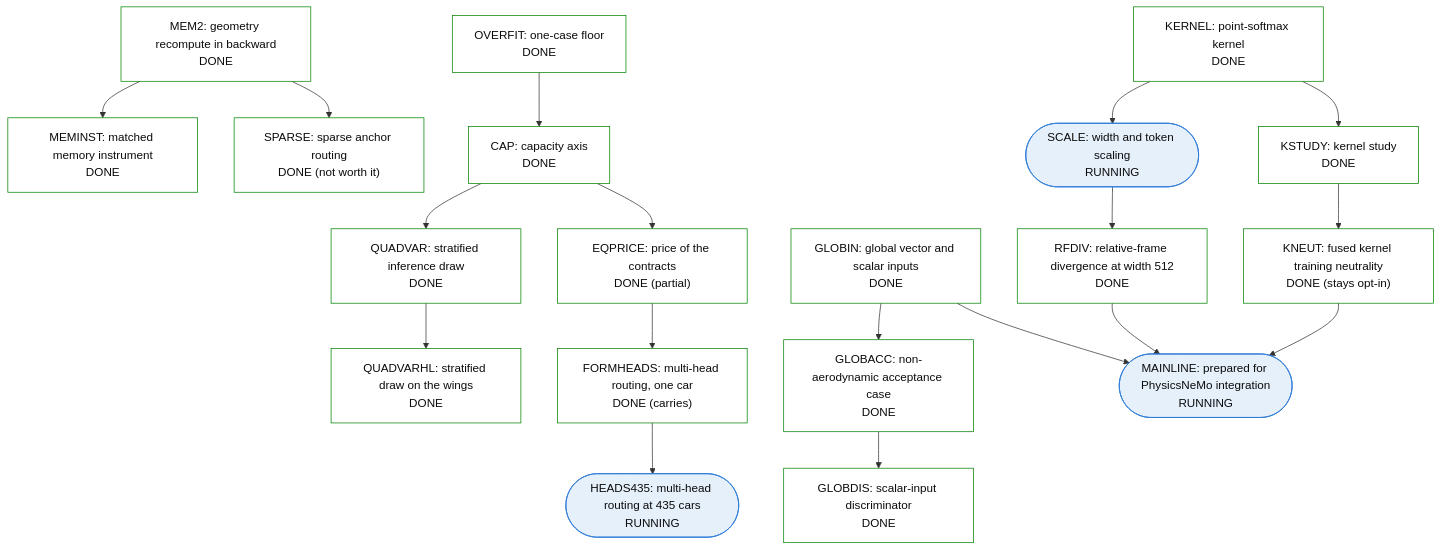
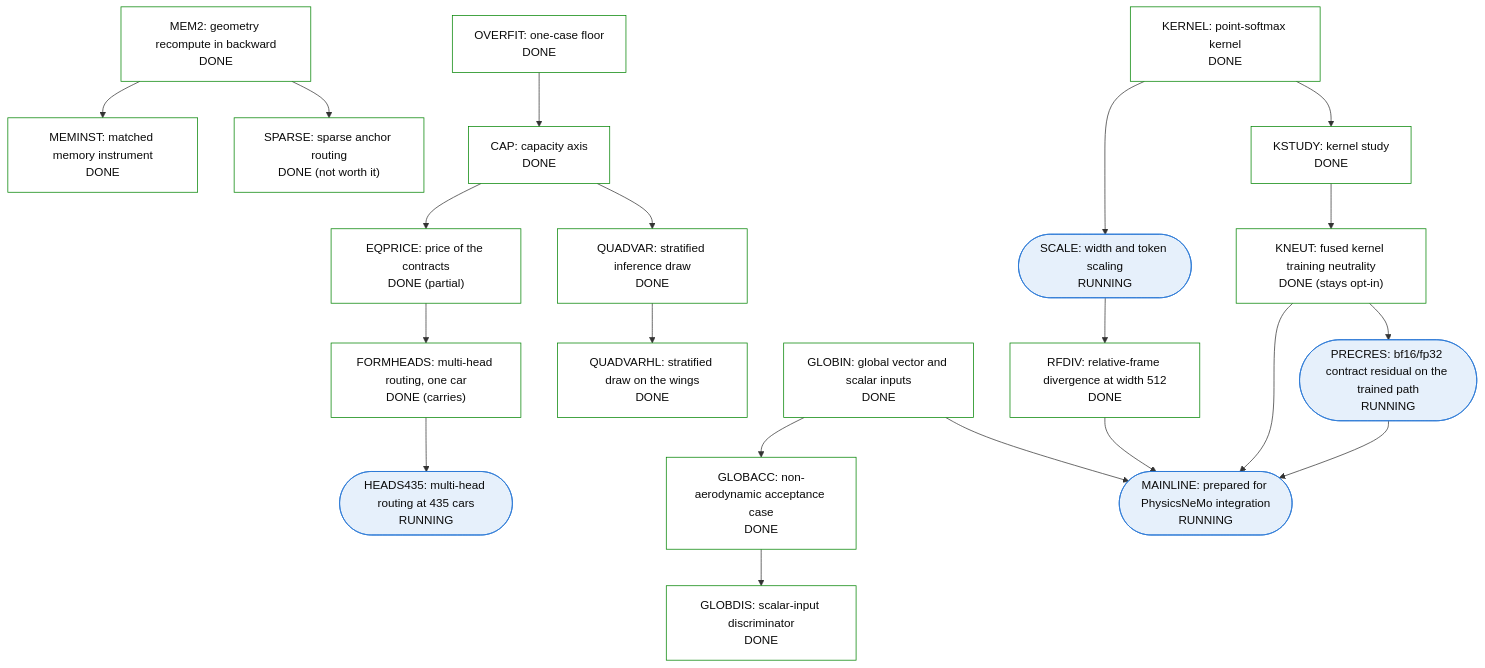
Before and after one commit to peterdsharpe/physicsnemo: the fifth of 5 diagrams in examples/cfd/mesh_transformer/book/13-program-status.qmd, drawn with Mermaid. The commit also changed other lines of this file and 1 other file, not shown here.

Commit message:
Notebook: PREC-RES preregistration (finite-precision residual of the rotation and translation contracts on the trained GPU path, float32 and bf16, two reference checkpoints, twelve cars; bars: float32 below 1e-4, bf16 below 0.5% negligible or above 2% material); node and ledger row RUNNING

````diff
--- a/examples/cfd/mesh_transformer/book/13-program-status.qmd
+++ b/examples/cfd/mesh_transformer/book/13-program-status.qmd
@@ -281,47 +281,50 @@
 ```{mermaid}
 %%| fig-cap: >
 %%|   Sub-tree 5: cost, scale, deficit anatomy and mainline. HEADS435 is the
 %%|   one node RUNNING with a bar that could change the reference
 %%|   configuration; MAINLINE is the productization node.
 flowchart TB
     classDef done fill:#ffffff,stroke:#008300,color:#0b0b0b
     classDef running fill:#e6f0fb,stroke:#2a78d6,color:#0b0b0b
     classDef planned fill:#ffffff,stroke:#898781,color:#0b0b0b,stroke-dasharray:4 3
     classDef stopped fill:#f4f3ee,stroke:#52514e,color:#0b0b0b
     MEM2["MEM2: geometry recompute in backward<br/>DONE"]:::done
     MEMINST["MEMINST: matched memory instrument<br/>DONE"]:::done
     SPARSE["SPARSE: sparse anchor routing<br/>DONE (not worth it)"]:::done
     KERNEL["KERNEL: point-softmax kernel<br/>DONE"]:::done
     KSTUDY["KSTUDY: kernel study<br/>DONE"]:::done
     KNEUT["KNEUT: fused kernel training neutrality<br/>DONE (stays opt-in)"]:::done
     SCALE(["SCALE: width and token scaling<br/>RUNNING"]):::running
     RFDIV["RFDIV: relative-frame divergence at width 512<br/>DONE"]:::done
     OVERFIT["OVERFIT: one-case floor<br/>DONE"]:::done
     CAP["CAP: capacity axis<br/>DONE"]:::done
     QUADVAR["QUADVAR: stratified inference draw<br/>DONE"]:::done
     QUADVARHL["QUADVARHL: stratified draw on the wings<br/>DONE"]:::done
     EQPRICE["EQPRICE: price of the contracts<br/>DONE (partial)"]:::done
     FORMHEADS["FORMHEADS: multi-head routing, one car<br/>DONE (carries)"]:::done
     HEADS435(["HEADS435: multi-head routing at 435 cars<br/>RUNNING"]):::running
     GLOBIN["GLOBIN: global vector and scalar inputs<br/>DONE"]:::done
     GLOBACC["GLOBACC: non-aerodynamic acceptance case<br/>DONE"]:::done
     GLOBDIS["GLOBDIS: scalar-input discriminator<br/>DONE"]:::done
     MAINLINE(["MAINLINE: prepared for PhysicsNeMo integration<br/>RUNNING"]):::running
+    PRECRES(["PRECRES: bf16/fp32 contract residual on the trained path<br/>RUNNING"]):::running
     MEM2 --> MEMINST
     MEM2 --> SPARSE
     KERNEL --> KSTUDY
     KSTUDY --> KNEUT
     KERNEL --> SCALE
     SCALE --> RFDIV
     OVERFIT --> CAP
     CAP --> QUADVAR
     QUADVAR --> QUADVARHL
     CAP --> EQPRICE
     EQPRICE --> FORMHEADS
     FORMHEADS --> HEADS435
     GLOBIN --> GLOBACC
     GLOBACC --> GLOBDIS
     GLOBIN --> MAINLINE
     RFDIV --> MAINLINE
     KNEUT --> MAINLINE
+    KNEUT --> PRECRES
+    PRECRES --> MAINLINE
 ```
````
